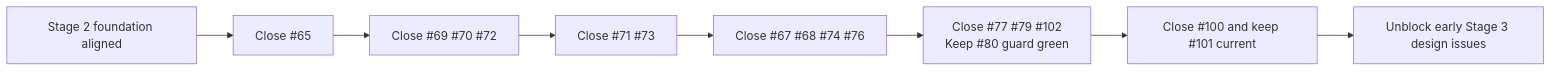
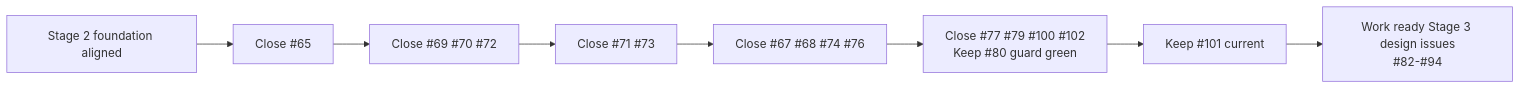
Before and after one commit to pr-cli/pr-maven-cli: the sixth of 6 diagrams in docs/project-visual-map.md, drawn with Mermaid. The commit also changed other lines of this file and 1 other file, not shown here.

Commit message:
docs: record stage 3 label review

````diff
--- a/docs/project-visual-map.md
+++ b/docs/project-visual-map.md
@@ -167,10 +169,10 @@
 ```mermaid
 flowchart LR
     A["Stage 2 foundation aligned"] --> B["Close #65"]
     B --> C["Close #69 #70 #72"]
     C --> D["Close #71 #73"]
     D --> E["Close #67 #68 #74 #76"]
-    E --> F["Close #77 #79 #102\nKeep #80 guard green"]
-    F --> G["Close #100 and keep #101 current"]
-    G --> H["Unblock early Stage 3 design issues"]
+    E --> F["Close #77 #79 #100 #102\nKeep #80 guard green"]
+    F --> G["Keep #101 current"]
+    G --> H["Work ready Stage 3 design issues\n#82-#94"]
 ```
````
